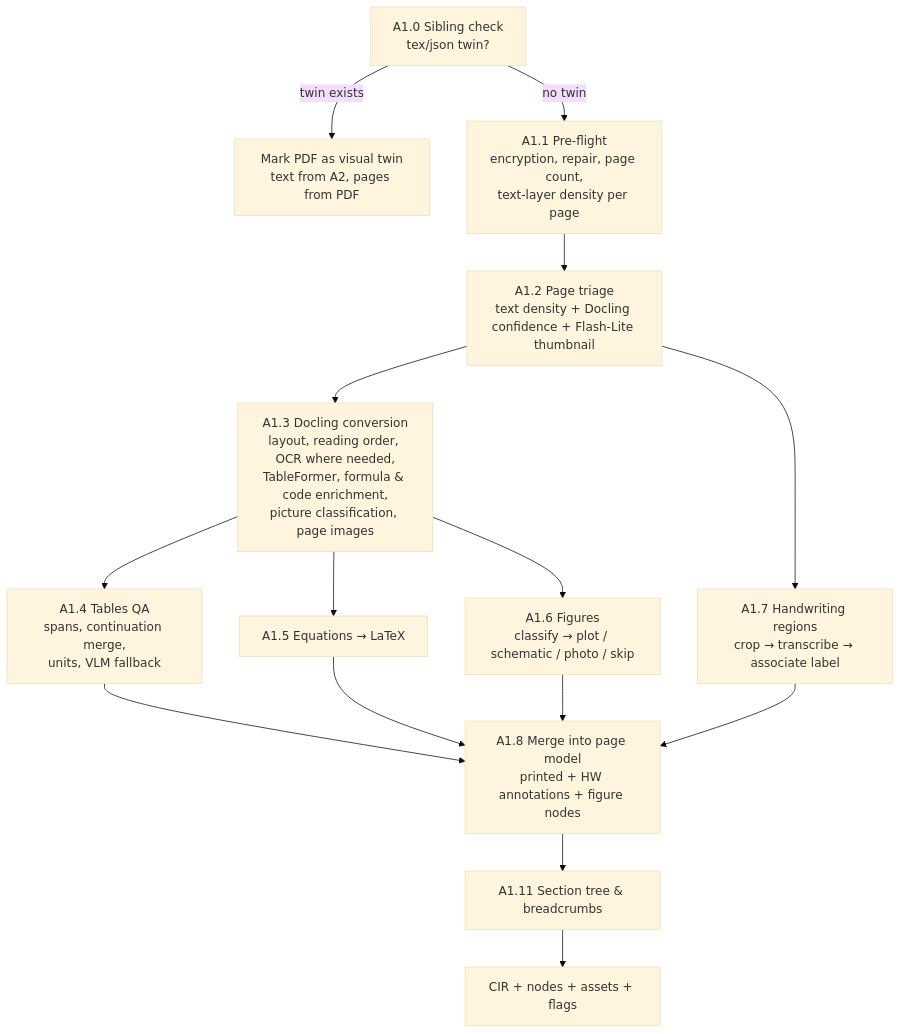
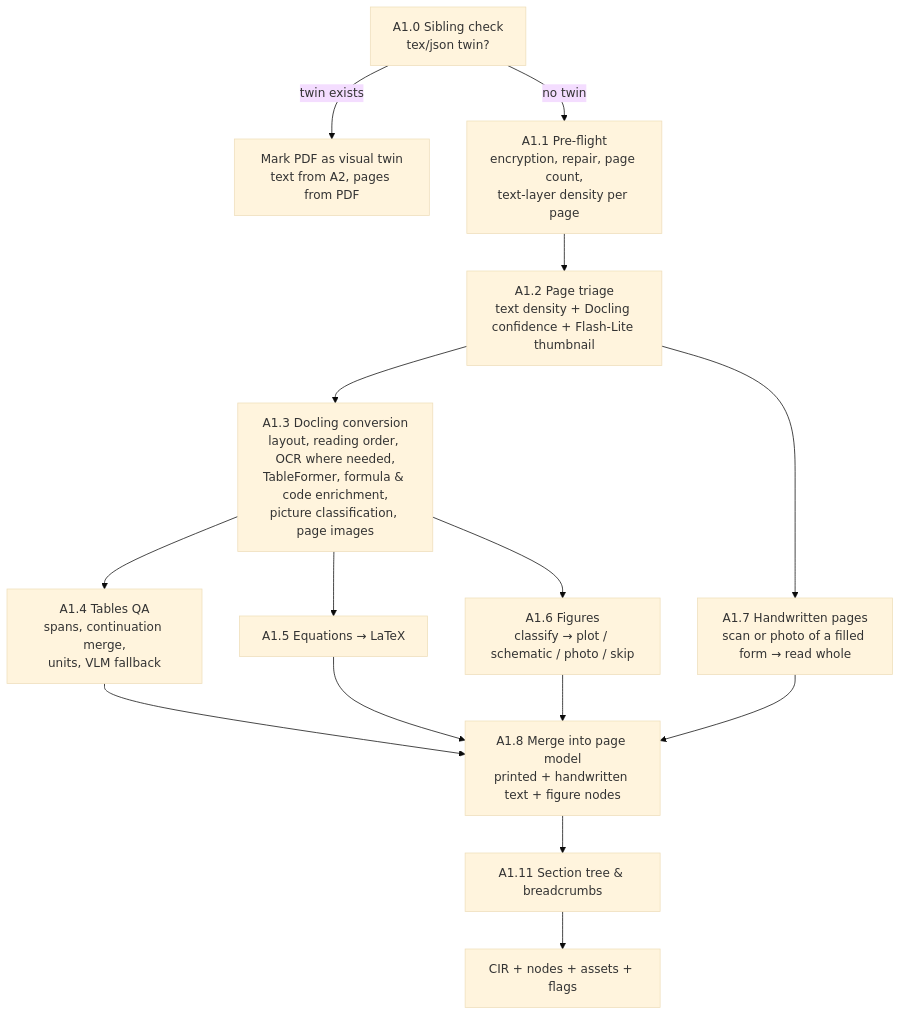
Before and after one commit to SwarajDarekar-Manastu/DCL_v2: the second of 5 diagrams in docs/architecture/03_phase2_processing_routes.md, drawn with Mermaid (base theme). The commit also changed other lines of this file and 32 other files, not shown here.

````diff
--- a/docs/architecture/03_phase2_processing_routes.md
+++ b/docs/architecture/03_phase2_processing_routes.md
@@ -163,14 +162,14 @@
 ```mermaid
 flowchart TD
     S0[A1.0 Sibling check<br/>tex/json twin?] -->|twin exists| TW[Mark PDF as visual twin<br/>text from A2, pages from PDF]
     S0 -->|no twin| S1[A1.1 Pre-flight<br/>encryption, repair, page count,<br/>text-layer density per page]
     S1 --> S2[A1.2 Page triage<br/>text density + Docling confidence + Flash-Lite thumbnail]
     S2 --> S3[A1.3 Docling conversion<br/>layout, reading order, OCR where needed,<br/>TableFormer, formula & code enrichment,<br/>picture classification, page images]
     S3 --> T[A1.4 Tables QA<br/>spans, continuation merge,<br/>units, VLM fallback]
     S3 --> E[A1.5 Equations → LaTeX]
     S3 --> F[A1.6 Figures<br/>classify → plot / schematic / photo / skip]
-    S2 --> H[A1.7 Handwriting regions<br/>crop → transcribe → associate label]
-    T & E & F & H --> M[A1.8 Merge into page model<br/>printed + HW annotations + figure nodes]
+    S2 --> H[A1.7 Handwritten pages<br/>scan or photo of a filled form → read whole]
+    T & E & F & H --> M[A1.8 Merge into page model<br/>printed + handwritten text + figure nodes]
     M --> SEC[A1.11 Section tree & breadcrumbs]
     SEC --> OUT[CIR + nodes + assets + flags]
 ```
````
